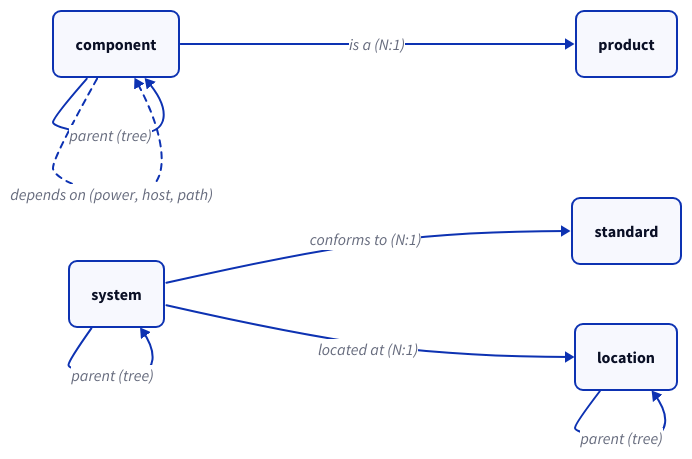
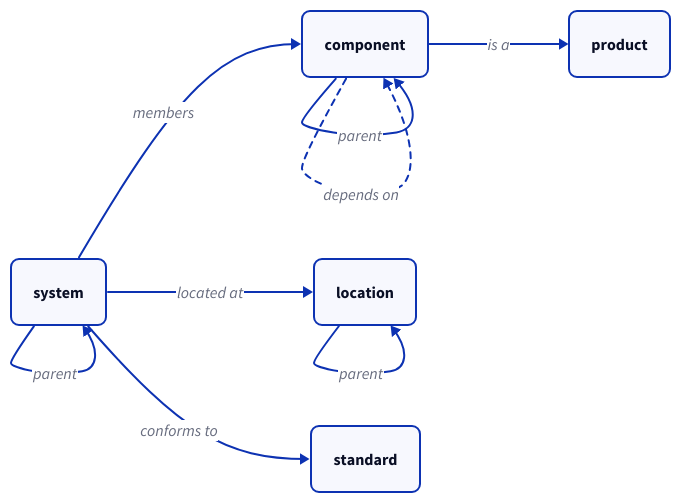
Before and after one commit to hyperscaleav/omniglass: the diagram in docs/src/content/docs/architecture/core-entities.mdx, drawn with D2. The commit also changed other lines of this file and 13 other files, not shown here.

First line of the commit message:
docs: rebuild the Architecture fleet model pages

````diff
--- a/docs/src/content/docs/architecture/core-entities.mdx
+++ b/docs/src/content/docs/architecture/core-entities.mdx
@@ -574,16 +287,17 @@
 ```d2
 direction: right
 classes: { node: { style.border-radius: 8 }; key: { style: { border-radius: 8; bold: true } } }
-component: component { class: node }
+component: component { class: key }
 product: product { class: node }
 location: location { class: node }
-system: system { class: node }
+system: system { class: key }
 standard: standard { class: node }
-component -> product: is a (N:1)
-component -> component: parent (tree)
-system -> standard: conforms to (N:1)
-system -> location: located at (N:1)
-system -> system: parent (tree)
-location -> location: parent (tree)
-component -> component: depends on (power, host, path) {style.stroke-dash: 3}
+component -> product: is a
+component -> component: parent
+system -> standard: conforms to
+system -> location: located at
+system -> component: members
+system -> system: parent
+location -> location: parent
+component -> component: depends on {style.stroke-dash: 3}
 ```
````
